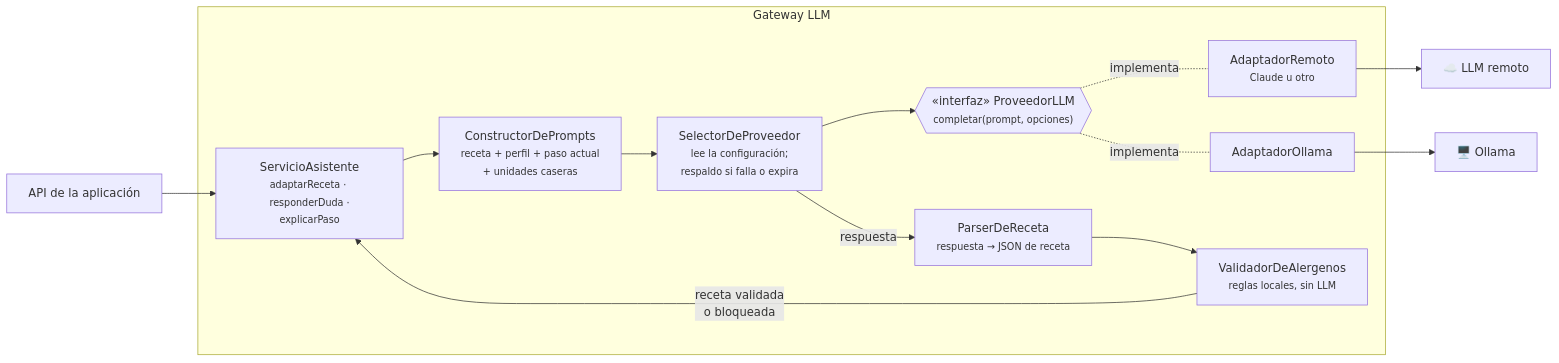
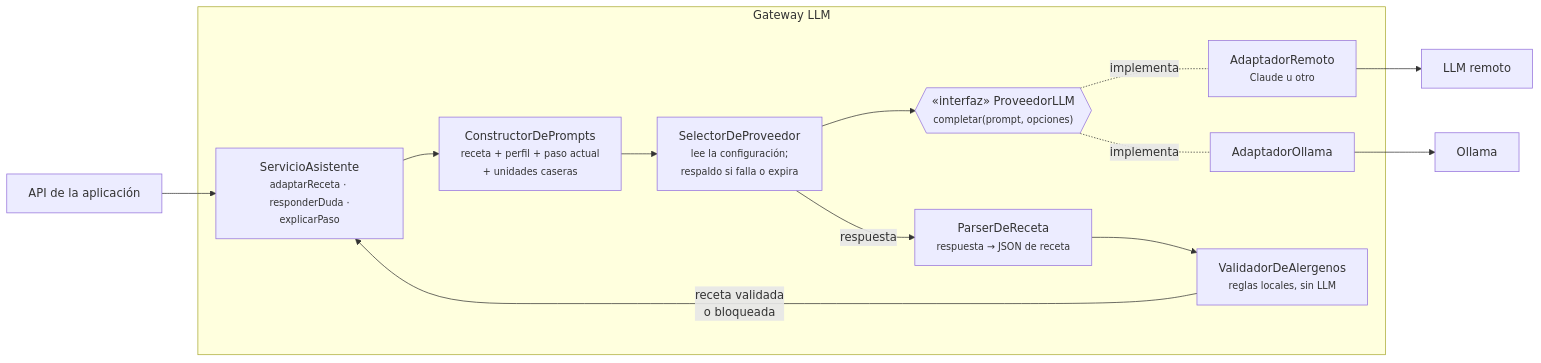
The third of 4 diagrams in docs/arquitectura/README.md (Akira-13/chef-en-el-aire), drawn with Mermaid before and after one commit. The commit also changed other lines of this file and 10 other files, not shown here.

````diff
--- a/docs/arquitectura/README.md
+++ b/docs/arquitectura/README.md
@@ -92,30 +92,30 @@
 ```mermaid
 flowchart LR
     api["API de la aplicación"]
 
     subgraph gateway["Gateway LLM"]
         servicio["ServicioAsistente<br/><small>adaptarReceta · responderDuda ·<br/>explicarPaso</small>"]
         prompts["ConstructorDePrompts<br/><small>receta + perfil + paso actual<br/>+ unidades caseras</small>"]
         selector["SelectorDeProveedor<br/><small>lee la configuración;<br/>respaldo si falla o expira</small>"]
         interfaz{{"«interfaz» ProveedorLLM<br/><small>completar(prompt, opciones)</small>"}}
         adRemoto["AdaptadorRemoto<br/><small>Claude u otro</small>"]
         adOllama["AdaptadorOllama"]
         parser["ParserDeReceta<br/><small>respuesta → JSON de receta</small>"]
         validador["ValidadorDeAlergenos<br/><small>reglas locales, sin LLM</small>"]
     end
 
-    llmRemoto["☁️ LLM remoto"]
-    llmLocal["🖥️ Ollama"]
+    llmRemoto["LLM remoto"]
+    llmLocal["Ollama"]
 
     api --> servicio
     servicio --> prompts
     prompts --> selector
     selector --> interfaz
     interfaz -.-|implementa| adRemoto
     interfaz -.-|implementa| adOllama
     adRemoto --> llmRemoto
     adOllama --> llmLocal
     selector -- "respuesta" --> parser
     parser --> validador
     validador -- "receta validada<br/>o bloqueada" --> servicio
 ```
````
